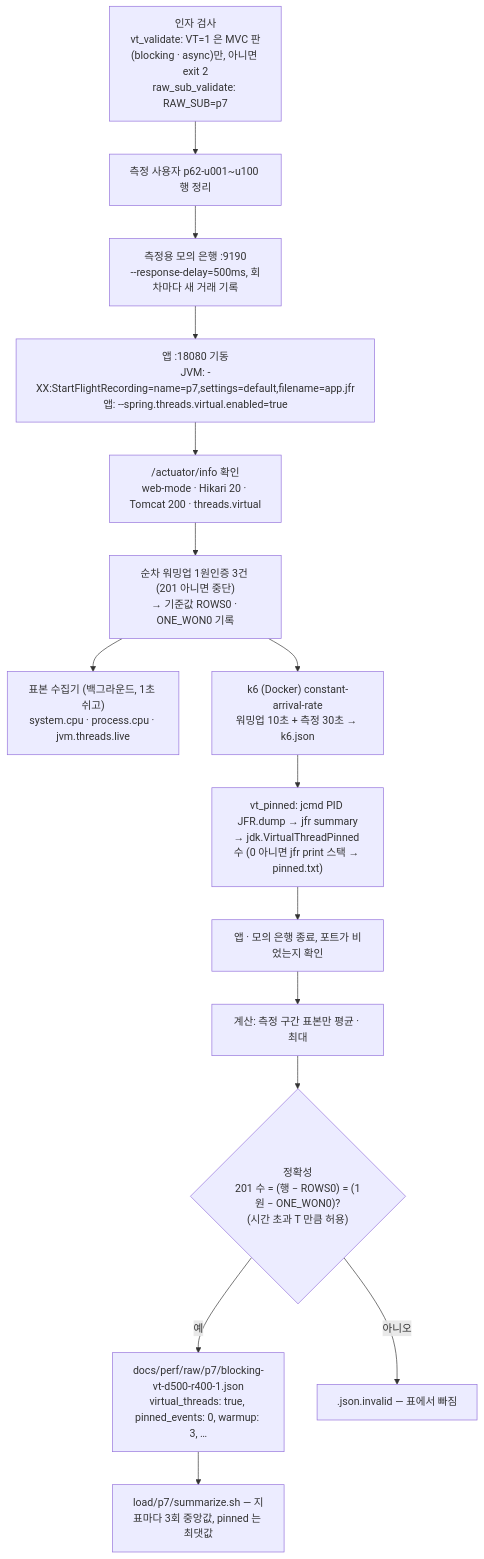
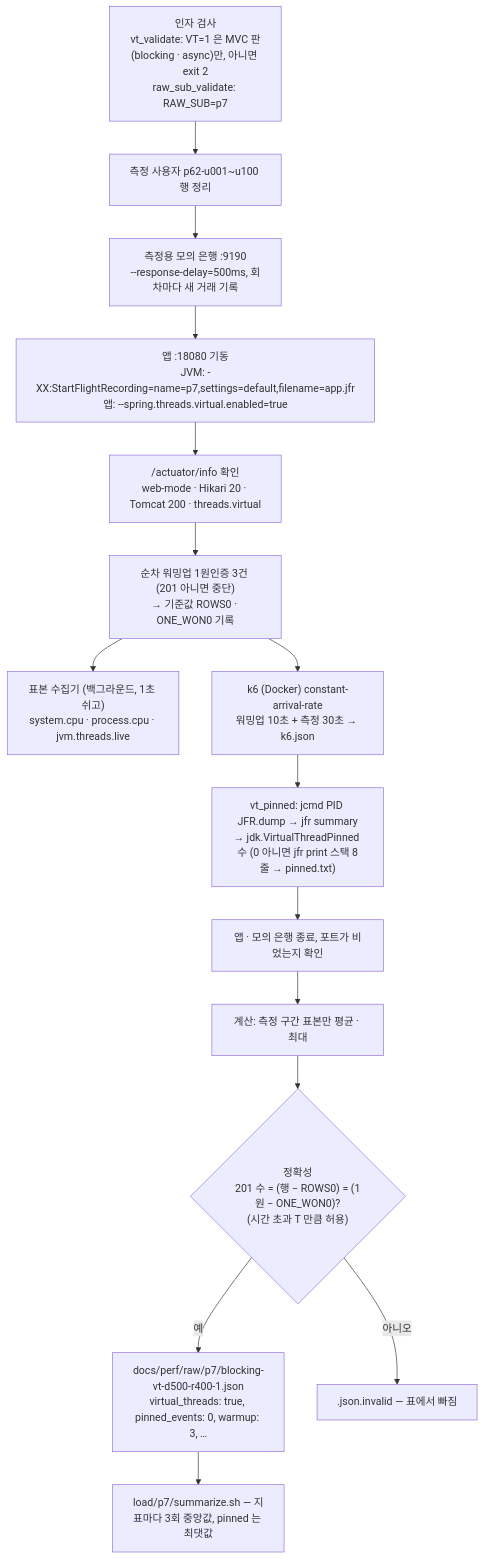
Before and after one commit to hyeokjinON/bank-transfer: the eighth of 9 diagrams in docs/perf/p7-virtual-threads.md, drawn with Mermaid. The commit also changed other lines of this file and 10 other files, not shown here.

Commit message:
fix(p7): 최종 리뷰 반영 — pinning 0건 주장을 JDK 21 JFR 이 세는 범위로 좁히고 모니터 입장 대기 사후 집계, 지난 회차 녹화 지우기, jcmd 는 JAVA_HOME 먼저

````diff
--- a/docs/perf/p7-virtual-threads.md
+++ b/docs/perf/p7-virtual-threads.md
@@ -164,17 +165,17 @@
 ```mermaid
 flowchart TD
   A["인자 검사<br/>vt_validate: VT=1 은 MVC 판(blocking · async)만, 아니면 exit 2<br/>raw_sub_validate: RAW_SUB=p7"] --> B[측정 사용자 p62-u001~u100 행 정리]
   B --> C["측정용 모의 은행 :9190<br/>--response-delay=500ms, 회차마다 새 거래 기록"]
   C --> D["앱 :18080 기동<br/>JVM: -XX:StartFlightRecording=name=p7,settings=default,filename=app.jfr<br/>앱: --spring.threads.virtual.enabled=true"]
   D --> E["/actuator/info 확인<br/>web-mode · Hikari 20 · Tomcat 200 · threads.virtual"]
   E --> F["순차 워밍업 1원인증 3건 (201 아니면 중단)<br/>→ 기준값 ROWS0 · ONE_WON0 기록"]
   F --> G["표본 수집기 (백그라운드, 1초 쉬고)<br/>system.cpu · process.cpu · jvm.threads.live"]
   F --> H["k6 (Docker) constant-arrival-rate<br/>워밍업 10초 + 측정 30초 → k6.json"]
-  H --> I["vt_pinned: jcmd PID JFR.dump → jfr summary<br/>→ jdk.VirtualThreadPinned 수 (0 아니면 jfr print 스택 → pinned.txt)"]
+  H --> I["vt_pinned: jcmd PID JFR.dump → jfr summary<br/>→ jdk.VirtualThreadPinned 수 (0 아니면 jfr print 스택 8줄 → pinned.txt)"]
   I --> J[앱 · 모의 은행 종료, 포트가 비었는지 확인]
   J --> K["계산: 측정 구간 표본만 평균 · 최대"]
   K --> L{"정확성<br/>201 수 = (행 − ROWS0) = (1원 − ONE_WON0)?<br/>(시간 초과 T 만큼 허용)"}
   L -->|예| M["docs/perf/raw/p7/blocking-vt-d500-r400-1.json<br/>virtual_threads: true, pinned_events: 0, warmup: 3, …"]
   L -->|아니오| N[".json.invalid — 표에서 빠짐"]
   M --> O["load/p7/summarize.sh — 지표마다 3회 중앙값, pinned 는 최댓값"]
 ```
````
